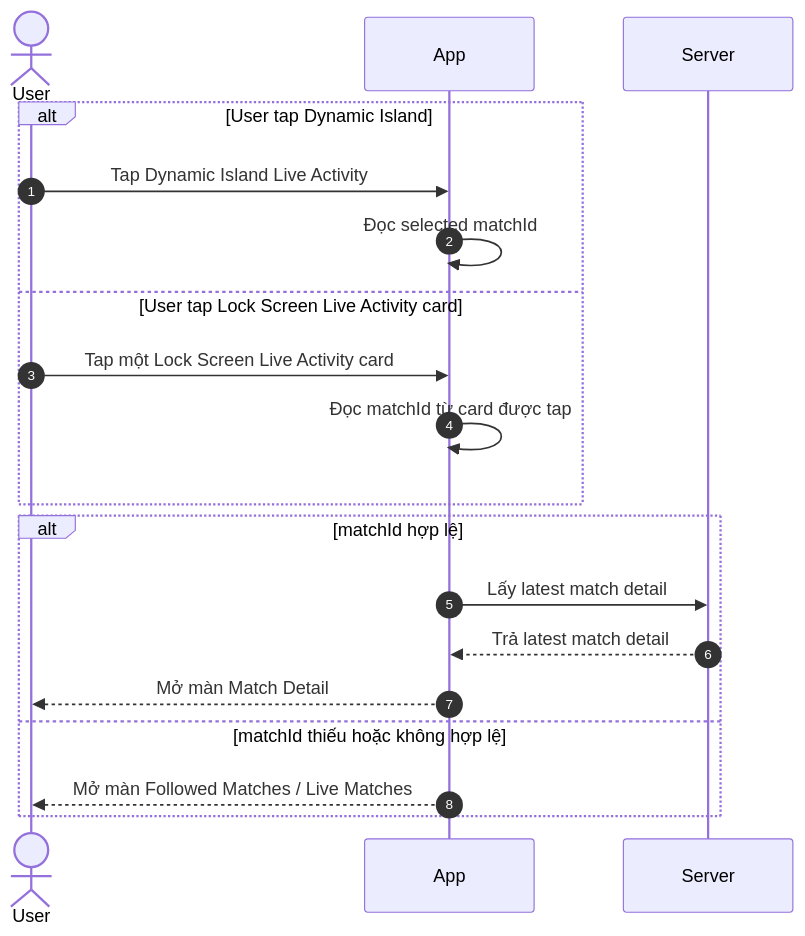
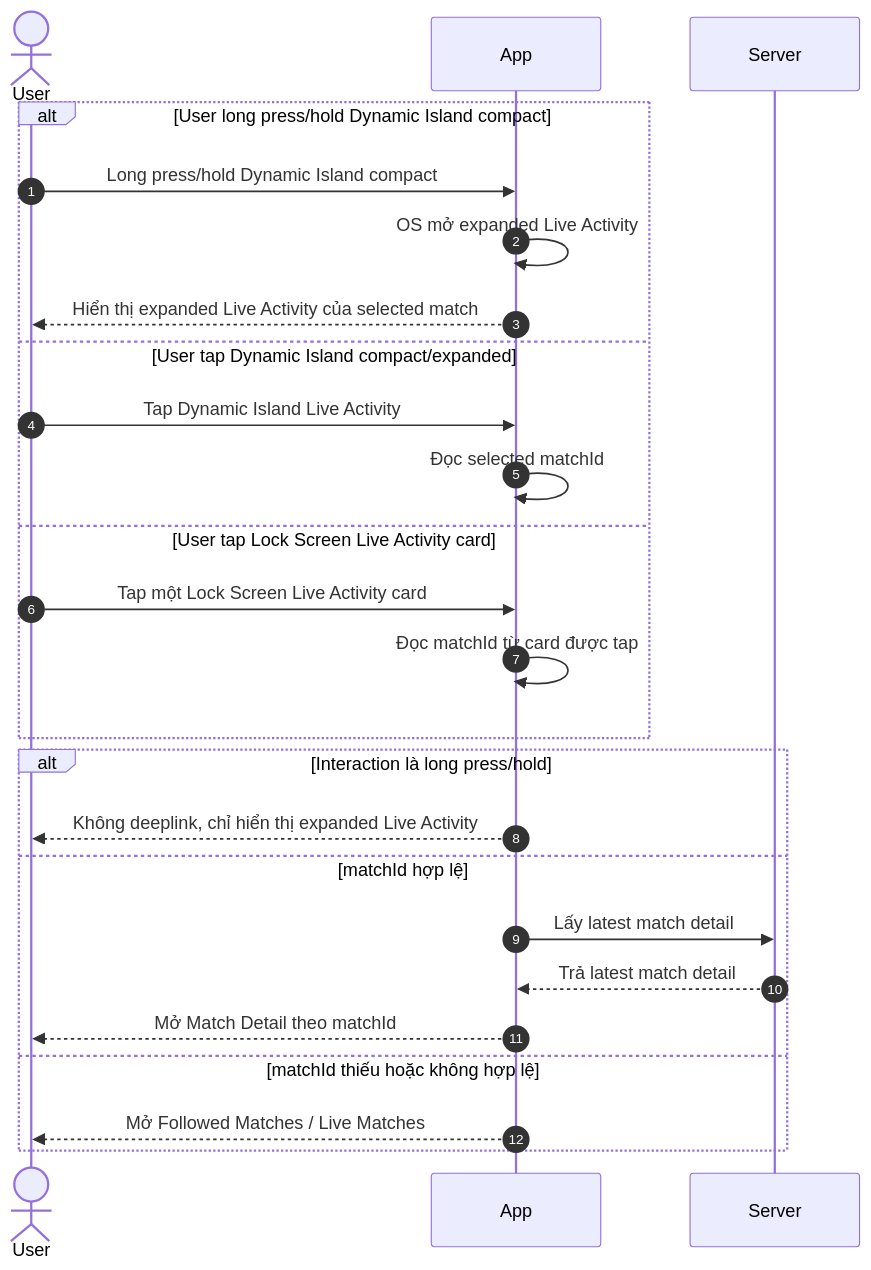
The fourth of 4 diagrams in features/final-docs/Sport-Zone/Live-Activity/product/live-activity-user-flows.md (duongdang1136/FPTPLay), drawn with Mermaid before and after one commit. The commit also changed other lines of this file, not shown here.

Commit message:
docs: clarify live activity interactions

````diff
--- a/features/final-docs/Sport-Zone/Live-Activity/product/live-activity-user-flows.md
+++ b/features/final-docs/Sport-Zone/Live-Activity/product/live-activity-user-flows.md
@@ -459,24 +473,30 @@
 ```mermaid
 sequenceDiagram
     autonumber
 
     actor User
     participant App
     participant Server
 
-    alt User tap Dynamic Island
+    alt User long press/hold Dynamic Island compact
+        User->>App: Long press/hold Dynamic Island compact
+        App->>App: OS mở expanded Live Activity
+        App-->>User: Hiển thị expanded Live Activity của selected match
+    else User tap Dynamic Island compact/expanded
         User->>App: Tap Dynamic Island Live Activity
         App->>App: Đọc selected matchId
     else User tap Lock Screen Live Activity card
         User->>App: Tap một Lock Screen Live Activity card
         App->>App: Đọc matchId từ card được tap
     end
 
-    alt matchId hợp lệ
+    alt Interaction là long press/hold
+        App-->>User: Không deeplink, chỉ hiển thị expanded Live Activity
+    else matchId hợp lệ
         App->>Server: Lấy latest match detail
         Server-->>App: Trả latest match detail
-        App-->>User: Mở màn Match Detail
+        App-->>User: Mở Match Detail theo matchId
     else matchId thiếu hoặc không hợp lệ
-        App-->>User: Mở màn Followed Matches / Live Matches
+        App-->>User: Mở Followed Matches / Live Matches
     end
 ```
````
